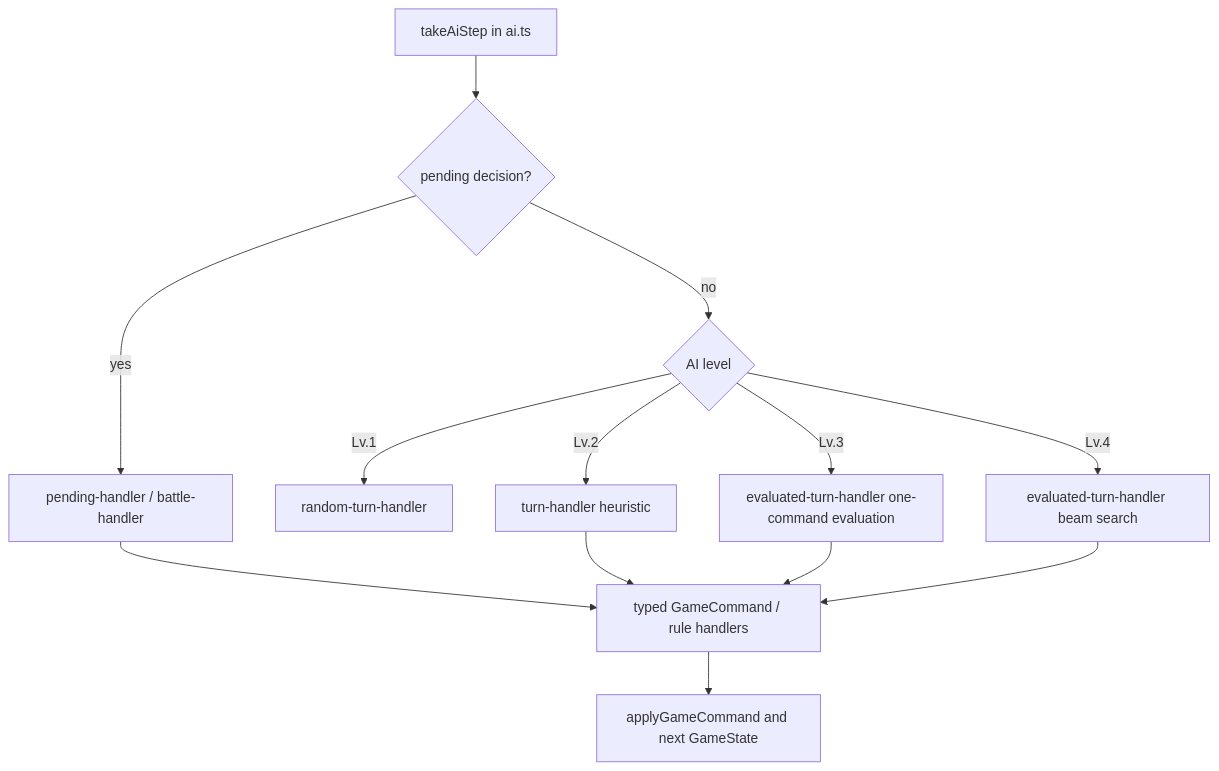
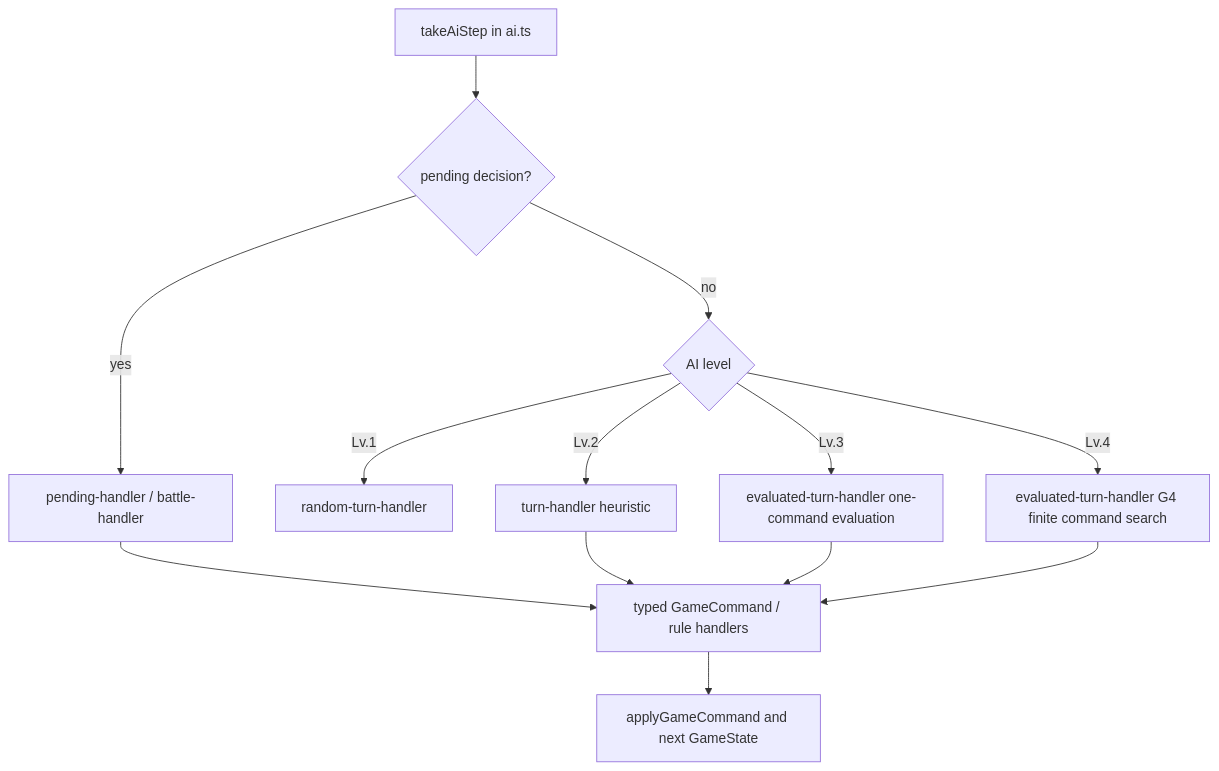
One commit to turtlechang/braverse-web-game changed the diagram in docs/ai/strategy-baseline.md. Above: the diagram before and after it, drawn with Mermaid. The commit also changed other lines of this file and 16 other files, not shown here.

````diff
--- a/docs/ai/strategy-baseline.md
+++ b/docs/ai/strategy-baseline.md
@@ -18,15 +18,15 @@
 ```mermaid
 flowchart TD
   A["takeAiStep in ai.ts"] --> B{"pending decision?"}
   B -->|yes| C["pending-handler / battle-handler"]
   B -->|no| D{"AI level"}
   D -->|Lv.1| E["random-turn-handler"]
   D -->|Lv.2| F["turn-handler heuristic"]
   D -->|Lv.3| G["evaluated-turn-handler one-command evaluation"]
-  D -->|Lv.4| H["evaluated-turn-handler beam search"]
+  D -->|Lv.4| H["evaluated-turn-handler G4 finite command search"]
   C --> I["typed GameCommand / rule handlers"]
   F --> I
   G --> I
   H --> I
   I --> J["applyGameCommand and next GameState"]
 ```
````
